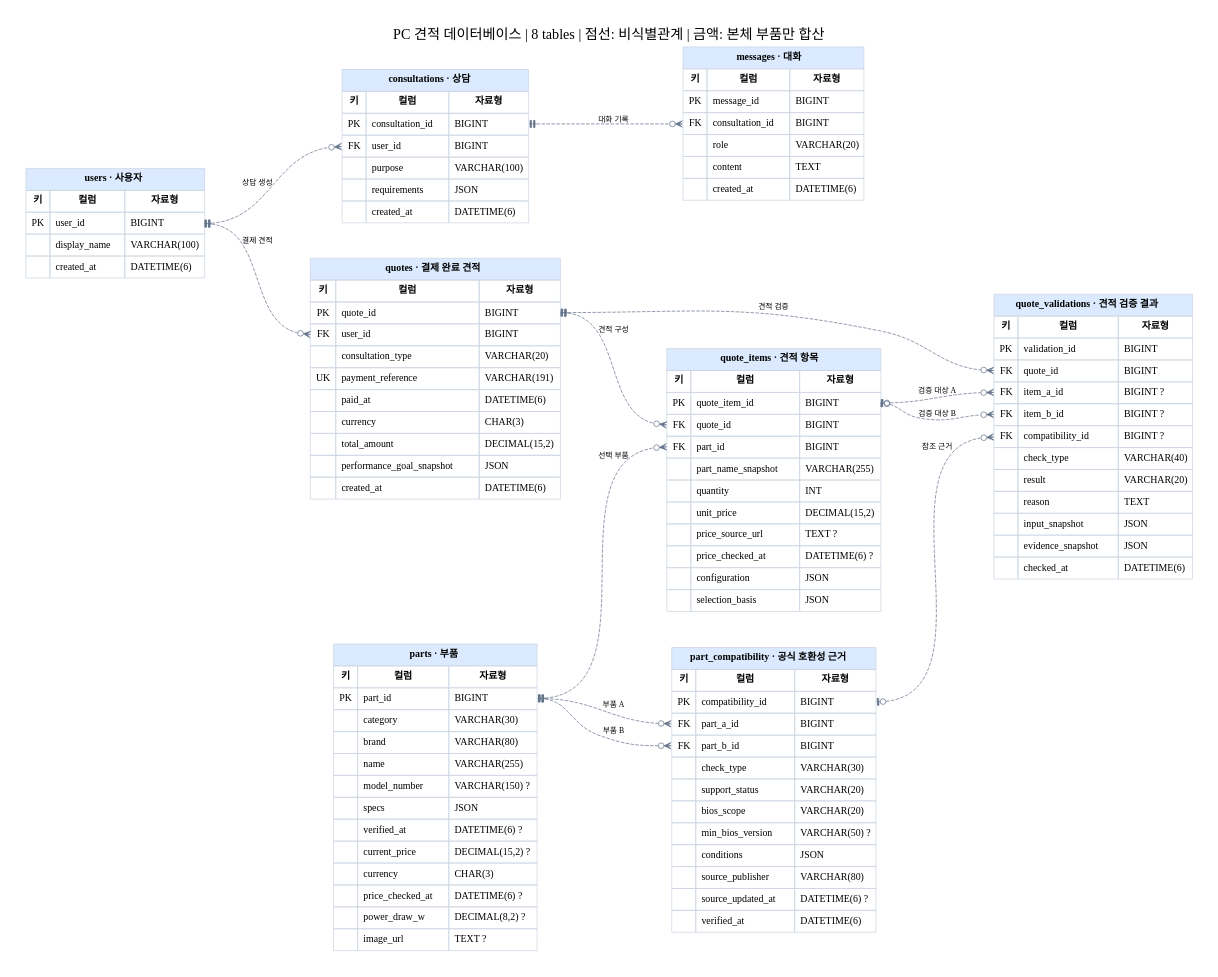
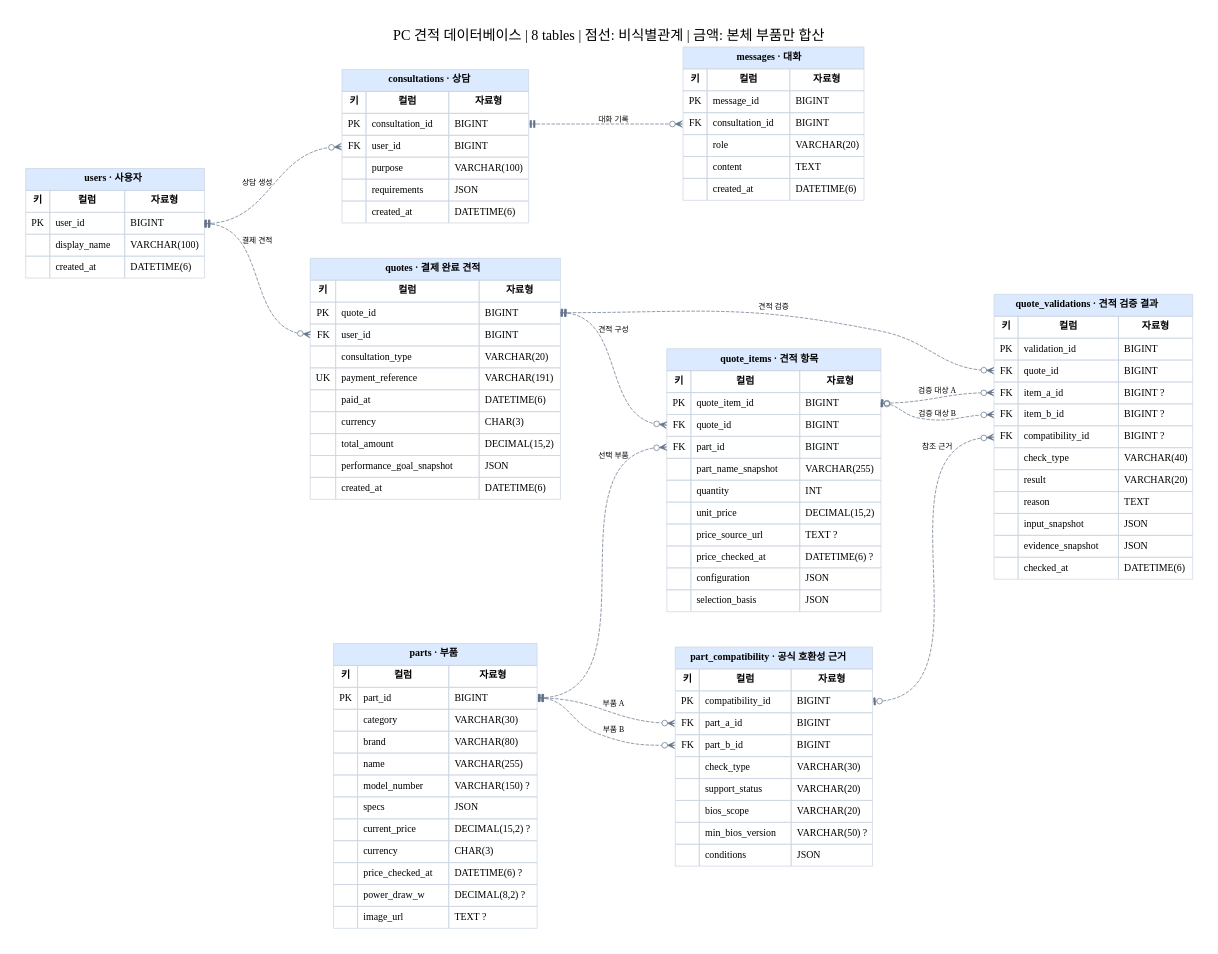
Before and after one commit to SKNETWORKS-FAMILY-AICAMP/SKN35-FINAL-6TEAM: the diagram in docs/database/erd/schema.dot, drawn with Graphviz. The commit also changed 18 other files, not shown here.

```diff
--- a/docs/database/erd/schema.dot
+++ b/docs/database/erd/schema.dot
@@ -5,10 +5,10 @@
 users [label=<<TABLE BORDER="0" CELLBORDER="1" CELLSPACING="0" CELLPADDING="7" COLOR="#cbd5e1"><TR><TD COLSPAN="3" BGCOLOR="#dbeafe"><B>users · 사용자</B></TD></TR><TR><TD><B>키</B></TD><TD><B>컬럼</B></TD><TD><B>자료형</B></TD></TR><TR><TD PORT="user_id_in">PK</TD><TD ALIGN="LEFT">user_id</TD><TD PORT="user_id_out" ALIGN="LEFT">BIGINT</TD></TR><TR><TD PORT="display_name_in"></TD><TD ALIGN="LEFT">display_name</TD><TD PORT="display_name_out" ALIGN="LEFT">VARCHAR(100)</TD></TR><TR><TD PORT="created_at_in"></TD><TD ALIGN="LEFT">created_at</TD><TD PORT="created_at_out" ALIGN="LEFT">DATETIME(6)</TD></TR></TABLE>>];
 consultations [label=<<TABLE BORDER="0" CELLBORDER="1" CELLSPACING="0" CELLPADDING="7" COLOR="#cbd5e1"><TR><TD COLSPAN="3" BGCOLOR="#dbeafe"><B>consultations · 상담</B></TD></TR><TR><TD><B>키</B></TD><TD><B>컬럼</B></TD><TD><B>자료형</B></TD></TR><TR><TD PORT="consultation_id_in">PK</TD><TD ALIGN="LEFT">consultation_id</TD><TD PORT="consultation_id_out" ALIGN="LEFT">BIGINT</TD></TR><TR><TD PORT="user_id_in">FK</TD><TD ALIGN="LEFT">user_id</TD><TD PORT="user_id_out" ALIGN="LEFT">BIGINT</TD></TR><TR><TD PORT="purpose_in"></TD><TD ALIGN="LEFT">purpose</TD><TD PORT="purpose_out" ALIGN="LEFT">VARCHAR(100)</TD></TR><TR><TD PORT="requirements_in"></TD><TD ALIGN="LEFT">requirements</TD><TD PORT="requirements_out" ALIGN="LEFT">JSON</TD></TR><TR><TD PORT="created_at_in"></TD><TD ALIGN="LEFT">created_at</TD><TD PORT="created_at_out" ALIGN="LEFT">DATETIME(6)</TD></TR></TABLE>>];
 messages [label=<<TABLE BORDER="0" CELLBORDER="1" CELLSPACING="0" CELLPADDING="7" COLOR="#cbd5e1"><TR><TD COLSPAN="3" BGCOLOR="#dbeafe"><B>messages · 대화</B></TD></TR><TR><TD><B>키</B></TD><TD><B>컬럼</B></TD><TD><B>자료형</B></TD></TR><TR><TD PORT="message_id_in">PK</TD><TD ALIGN="LEFT">message_id</TD><TD PORT="message_id_out" ALIGN="LEFT">BIGINT</TD></TR><TR><TD PORT="consultation_id_in">FK</TD><TD ALIGN="LEFT">consultation_id</TD><TD PORT="consultation_id_out" ALIGN="LEFT">BIGINT</TD></TR><TR><TD PORT="role_in"></TD><TD ALIGN="LEFT">role</TD><TD PORT="role_out" ALIGN="LEFT">VARCHAR(20)</TD></TR><TR><TD PORT="content_in"></TD><TD ALIGN="LEFT">content</TD><TD PORT="content_out" ALIGN="LEFT">TEXT</TD></TR><TR><TD PORT="created_at_in"></TD><TD ALIGN="LEFT">created_at</TD><TD PORT="created_at_out" ALIGN="LEFT">DATETIME(6)</TD></TR></TABLE>>];
-parts [label=<<TABLE BORDER="0" CELLBORDER="1" CELLSPACING="0" CELLPADDING="7" COLOR="#cbd5e1"><TR><TD COLSPAN="3" BGCOLOR="#dbeafe"><B>parts · 부품</B></TD></TR><TR><TD><B>키</B></TD><TD><B>컬럼</B></TD><TD><B>자료형</B></TD></TR><TR><TD PORT="part_id_in">PK</TD><TD ALIGN="LEFT">part_id</TD><TD PORT="part_id_out" ALIGN="LEFT">BIGINT</TD></TR><TR><TD PORT="category_in"></TD><TD ALIGN="LEFT">category</TD><TD PORT="category_out" ALIGN="LEFT">VARCHAR(30)</TD></TR><TR><TD PORT="brand_in"></TD><TD ALIGN="LEFT">brand</TD><TD PORT="brand_out" ALIGN="LEFT">VARCHAR(80)</TD></TR><TR><TD PORT="name_in"></TD><TD ALIGN="LEFT">name</TD><TD PORT="name_out" ALIGN="LEFT">VARCHAR(255)</TD></TR><TR><TD PORT="model_number_in"></TD><TD ALIGN="LEFT">model_number</TD><TD PORT="model_number_out" ALIGN="LEFT">VARCHAR(150) ?</TD></TR><TR><TD PORT="specs_in"></TD><TD ALIGN="LEFT">specs</TD><TD PORT="specs_out" ALIGN="LEFT">JSON</TD></TR><TR><TD PORT="verified_at_in"></TD><TD ALIGN="LEFT">verified_at</TD><TD PORT="verified_at_out" ALIGN="LEFT">DATETIME(6) ?</TD></TR><TR><TD PORT="current_price_in"></TD><TD ALIGN="LEFT">current_price</TD><TD PORT="current_price_out" ALIGN="LEFT">DECIMAL(15,2) ?</TD></TR><TR><TD PORT="currency_in"></TD><TD ALIGN="LEFT">currency</TD><TD PORT="currency_out" ALIGN="LEFT">CHAR(3)</TD></TR><TR><TD PORT="price_checked_at_in"></TD><TD ALIGN="LEFT">price_checked_at</TD><TD PORT="price_checked_at_out" ALIGN="LEFT">DATETIME(6) ?</TD></TR><TR><TD PORT="power_draw_w_in"></TD><TD ALIGN="LEFT">power_draw_w</TD><TD PORT="power_draw_w_out" ALIGN="LEFT">DECIMAL(8,2) ?</TD></TR><TR><TD PORT="image_url_in"></TD><TD ALIGN="LEFT">image_url</TD><TD PORT="image_url_out" ALIGN="LEFT">TEXT ?</TD></TR></TABLE>>];
+parts [label=<<TABLE BORDER="0" CELLBORDER="1" CELLSPACING="0" CELLPADDING="7" COLOR="#cbd5e1"><TR><TD COLSPAN="3" BGCOLOR="#dbeafe"><B>parts · 부품</B></TD></TR><TR><TD><B>키</B></TD><TD><B>컬럼</B></TD><TD><B>자료형</B></TD></TR><TR><TD PORT="part_id_in">PK</TD><TD ALIGN="LEFT">part_id</TD><TD PORT="part_id_out" ALIGN="LEFT">BIGINT</TD></TR><TR><TD PORT="category_in"></TD><TD ALIGN="LEFT">category</TD><TD PORT="category_out" ALIGN="LEFT">VARCHAR(30)</TD></TR><TR><TD PORT="brand_in"></TD><TD ALIGN="LEFT">brand</TD><TD PORT="brand_out" ALIGN="LEFT">VARCHAR(80)</TD></TR><TR><TD PORT="name_in"></TD><TD ALIGN="LEFT">name</TD><TD PORT="name_out" ALIGN="LEFT">VARCHAR(255)</TD></TR><TR><TD PORT="model_number_in"></TD><TD ALIGN="LEFT">model_number</TD><TD PORT="model_number_out" ALIGN="LEFT">VARCHAR(150) ?</TD></TR><TR><TD PORT="specs_in"></TD><TD ALIGN="LEFT">specs</TD><TD PORT="specs_out" ALIGN="LEFT">JSON</TD></TR><TR><TD PORT="current_price_in"></TD><TD ALIGN="LEFT">current_price</TD><TD PORT="current_price_out" ALIGN="LEFT">DECIMAL(15,2) ?</TD></TR><TR><TD PORT="currency_in"></TD><TD ALIGN="LEFT">currency</TD><TD PORT="currency_out" ALIGN="LEFT">CHAR(3)</TD></TR><TR><TD PORT="price_checked_at_in"></TD><TD ALIGN="LEFT">price_checked_at</TD><TD PORT="price_checked_at_out" ALIGN="LEFT">DATETIME(6) ?</TD></TR><TR><TD PORT="power_draw_w_in"></TD><TD ALIGN="LEFT">power_draw_w</TD><TD PORT="power_draw_w_out" ALIGN="LEFT">DECIMAL(8,2) ?</TD></TR><TR><TD PORT="image_url_in"></TD><TD ALIGN="LEFT">image_url</TD><TD PORT="image_url_out" ALIGN="LEFT">TEXT ?</TD></TR></TABLE>>];
 quotes [label=<<TABLE BORDER="0" CELLBORDER="1" CELLSPACING="0" CELLPADDING="7" COLOR="#cbd5e1"><TR><TD COLSPAN="3" BGCOLOR="#dbeafe"><B>quotes · 결제 완료 견적</B></TD></TR><TR><TD><B>키</B></TD><TD><B>컬럼</B></TD><TD><B>자료형</B></TD></TR><TR><TD PORT="quote_id_in">PK</TD><TD ALIGN="LEFT">quote_id</TD><TD PORT="quote_id_out" ALIGN="LEFT">BIGINT</TD></TR><TR><TD PORT="user_id_in">FK</TD><TD ALIGN="LEFT">user_id</TD><TD PORT="user_id_out" ALIGN="LEFT">BIGINT</TD></TR><TR><TD PORT="consultation_type_in"></TD><TD ALIGN="LEFT">consultation_type</TD><TD PORT="consultation_type_out" ALIGN="LEFT">VARCHAR(20)</TD></TR><TR><TD PORT="payment_reference_in">UK</TD><TD ALIGN="LEFT">payment_reference</TD><TD PORT="payment_reference_out" ALIGN="LEFT">VARCHAR(191)</TD></TR><TR><TD PORT="paid_at_in"></TD><TD ALIGN="LEFT">paid_at</TD><TD PORT="paid_at_out" ALIGN="LEFT">DATETIME(6)</TD></TR><TR><TD PORT="currency_in"></TD><TD ALIGN="LEFT">currency</TD><TD PORT="currency_out" ALIGN="LEFT">CHAR(3)</TD></TR><TR><TD PORT="total_amount_in"></TD><TD ALIGN="LEFT">total_amount</TD><TD PORT="total_amount_out" ALIGN="LEFT">DECIMAL(15,2)</TD></TR><TR><TD PORT="performance_goal_snapshot_in"></TD><TD ALIGN="LEFT">performance_goal_snapshot</TD><TD PORT="performance_goal_snapshot_out" ALIGN="LEFT">JSON</TD></TR><TR><TD PORT="created_at_in"></TD><TD ALIGN="LEFT">created_at</TD><TD PORT="created_at_out" ALIGN="LEFT">DATETIME(6)</TD></TR></TABLE>>];
 quote_items [label=<<TABLE BORDER="0" CELLBORDER="1" CELLSPACING="0" CELLPADDING="7" COLOR="#cbd5e1"><TR><TD COLSPAN="3" BGCOLOR="#dbeafe"><B>quote_items · 견적 항목</B></TD></TR><TR><TD><B>키</B></TD><TD><B>컬럼</B></TD><TD><B>자료형</B></TD></TR><TR><TD PORT="quote_item_id_in">PK</TD><TD ALIGN="LEFT">quote_item_id</TD><TD PORT="quote_item_id_out" ALIGN="LEFT">BIGINT</TD></TR><TR><TD PORT="quote_id_in">FK</TD><TD ALIGN="LEFT">quote_id</TD><TD PORT="quote_id_out" ALIGN="LEFT">BIGINT</TD></TR><TR><TD PORT="part_id_in">FK</TD><TD ALIGN="LEFT">part_id</TD><TD PORT="part_id_out" ALIGN="LEFT">BIGINT</TD></TR><TR><TD PORT="part_name_snapshot_in"></TD><TD ALIGN="LEFT">part_name_snapshot</TD><TD PORT="part_name_snapshot_out" ALIGN="LEFT">VARCHAR(255)</TD></TR><TR><TD PORT="quantity_in"></TD><TD ALIGN="LEFT">quantity</TD><TD PORT="quantity_out" ALIGN="LEFT">INT</TD></TR><TR><TD PORT="unit_price_in"></TD><TD ALIGN="LEFT">unit_price</TD><TD PORT="unit_price_out" ALIGN="LEFT">DECIMAL(15,2)</TD></TR><TR><TD PORT="price_source_url_in"></TD><TD ALIGN="LEFT">price_source_url</TD><TD PORT="price_source_url_out" ALIGN="LEFT">TEXT ?</TD></TR><TR><TD PORT="price_checked_at_in"></TD><TD ALIGN="LEFT">price_checked_at</TD><TD PORT="price_checked_at_out" ALIGN="LEFT">DATETIME(6) ?</TD></TR><TR><TD PORT="configuration_in"></TD><TD ALIGN="LEFT">configuration</TD><TD PORT="configuration_out" ALIGN="LEFT">JSON</TD></TR><TR><TD PORT="selection_basis_in"></TD><TD ALIGN="LEFT">selection_basis</TD><TD PORT="selection_basis_out" ALIGN="LEFT">JSON</TD></TR></TABLE>>];
-part_compatibility [label=<<TABLE BORDER="0" CELLBORDER="1" CELLSPACING="0" CELLPADDING="7" COLOR="#cbd5e1"><TR><TD COLSPAN="3" BGCOLOR="#dbeafe"><B>part_compatibility · 공식 호환성 근거</B></TD></TR><TR><TD><B>키</B></TD><TD><B>컬럼</B></TD><TD><B>자료형</B></TD></TR><TR><TD PORT="compatibility_id_in">PK</TD><TD ALIGN="LEFT">compatibility_id</TD><TD PORT="compatibility_id_out" ALIGN="LEFT">BIGINT</TD></TR><TR><TD PORT="part_a_id_in">FK</TD><TD ALIGN="LEFT">part_a_id</TD><TD PORT="part_a_id_out" ALIGN="LEFT">BIGINT</TD></TR><TR><TD PORT="part_b_id_in">FK</TD><TD ALIGN="LEFT">part_b_id</TD><TD PORT="part_b_id_out" ALIGN="LEFT">BIGINT</TD></TR><TR><TD PORT="check_type_in"></TD><TD ALIGN="LEFT">check_type</TD><TD PORT="check_type_out" ALIGN="LEFT">VARCHAR(30)</TD></TR><TR><TD PORT="support_status_in"></TD><TD ALIGN="LEFT">support_status</TD><TD PORT="support_status_out" ALIGN="LEFT">VARCHAR(20)</TD></TR><TR><TD PORT="bios_scope_in"></TD><TD ALIGN="LEFT">bios_scope</TD><TD PORT="bios_scope_out" ALIGN="LEFT">VARCHAR(20)</TD></TR><TR><TD PORT="min_bios_version_in"></TD><TD ALIGN="LEFT">min_bios_version</TD><TD PORT="min_bios_version_out" ALIGN="LEFT">VARCHAR(50) ?</TD></TR><TR><TD PORT="conditions_in"></TD><TD ALIGN="LEFT">conditions</TD><TD PORT="conditions_out" ALIGN="LEFT">JSON</TD></TR><TR><TD PORT="source_publisher_in"></TD><TD ALIGN="LEFT">source_publisher</TD><TD PORT="source_publisher_out" ALIGN="LEFT">VARCHAR(80)</TD></TR><TR><TD PORT="source_updated_at_in"></TD><TD ALIGN="LEFT">source_updated_at</TD><TD PORT="source_updated_at_out" ALIGN="LEFT">DATETIME(6) ?</TD></TR><TR><TD PORT="verified_at_in"></TD><TD ALIGN="LEFT">verified_at</TD><TD PORT="verified_at_out" ALIGN="LEFT">DATETIME(6)</TD></TR></TABLE>>];
+part_compatibility [label=<<TABLE BORDER="0" CELLBORDER="1" CELLSPACING="0" CELLPADDING="7" COLOR="#cbd5e1"><TR><TD COLSPAN="3" BGCOLOR="#dbeafe"><B>part_compatibility · 공식 호환성 근거</B></TD></TR><TR><TD><B>키</B></TD><TD><B>컬럼</B></TD><TD><B>자료형</B></TD></TR><TR><TD PORT="compatibility_id_in">PK</TD><TD ALIGN="LEFT">compatibility_id</TD><TD PORT="compatibility_id_out" ALIGN="LEFT">BIGINT</TD></TR><TR><TD PORT="part_a_id_in">FK</TD><TD ALIGN="LEFT">part_a_id</TD><TD PORT="part_a_id_out" ALIGN="LEFT">BIGINT</TD></TR><TR><TD PORT="part_b_id_in">FK</TD><TD ALIGN="LEFT">part_b_id</TD><TD PORT="part_b_id_out" ALIGN="LEFT">BIGINT</TD></TR><TR><TD PORT="check_type_in"></TD><TD ALIGN="LEFT">check_type</TD><TD PORT="check_type_out" ALIGN="LEFT">VARCHAR(30)</TD></TR><TR><TD PORT="support_status_in"></TD><TD ALIGN="LEFT">support_status</TD><TD PORT="support_status_out" ALIGN="LEFT">VARCHAR(20)</TD></TR><TR><TD PORT="bios_scope_in"></TD><TD ALIGN="LEFT">bios_scope</TD><TD PORT="bios_scope_out" ALIGN="LEFT">VARCHAR(20)</TD></TR><TR><TD PORT="min_bios_version_in"></TD><TD ALIGN="LEFT">min_bios_version</TD><TD PORT="min_bios_version_out" ALIGN="LEFT">VARCHAR(50) ?</TD></TR><TR><TD PORT="conditions_in"></TD><TD ALIGN="LEFT">conditions</TD><TD PORT="conditions_out" ALIGN="LEFT">JSON</TD></TR></TABLE>>];
 quote_validations [label=<<TABLE BORDER="0" CELLBORDER="1" CELLSPACING="0" CELLPADDING="7" COLOR="#cbd5e1"><TR><TD COLSPAN="3" BGCOLOR="#dbeafe"><B>quote_validations · 견적 검증 결과</B></TD></TR><TR><TD><B>키</B></TD><TD><B>컬럼</B></TD><TD><B>자료형</B></TD></TR><TR><TD PORT="validation_id_in">PK</TD><TD ALIGN="LEFT">validation_id</TD><TD PORT="validation_id_out" ALIGN="LEFT">BIGINT</TD></TR><TR><TD PORT="quote_id_in">FK</TD><TD ALIGN="LEFT">quote_id</TD><TD PORT="quote_id_out" ALIGN="LEFT">BIGINT</TD></TR><TR><TD PORT="item_a_id_in">FK</TD><TD ALIGN="LEFT">item_a_id</TD><TD PORT="item_a_id_out" ALIGN="LEFT">BIGINT ?</TD></TR><TR><TD PORT="item_b_id_in">FK</TD><TD ALIGN="LEFT">item_b_id</TD><TD PORT="item_b_id_out" ALIGN="LEFT">BIGINT ?</TD></TR><TR><TD PORT="compatibility_id_in">FK</TD><TD ALIGN="LEFT">compatibility_id</TD><TD PORT="compatibility_id_out" ALIGN="LEFT">BIGINT ?</TD></TR><TR><TD PORT="check_type_in"></TD><TD ALIGN="LEFT">check_type</TD><TD PORT="check_type_out" ALIGN="LEFT">VARCHAR(40)</TD></TR><TR><TD PORT="result_in"></TD><TD ALIGN="LEFT">result</TD><TD PORT="result_out" ALIGN="LEFT">VARCHAR(20)</TD></TR><TR><TD PORT="reason_in"></TD><TD ALIGN="LEFT">reason</TD><TD PORT="reason_out" ALIGN="LEFT">TEXT</TD></TR><TR><TD PORT="input_snapshot_in"></TD><TD ALIGN="LEFT">input_snapshot</TD><TD PORT="input_snapshot_out" ALIGN="LEFT">JSON</TD></TR><TR><TD PORT="evidence_snapshot_in"></TD><TD ALIGN="LEFT">evidence_snapshot</TD><TD PORT="evidence_snapshot_out" ALIGN="LEFT">JSON</TD></TR><TR><TD PORT="checked_at_in"></TD><TD ALIGN="LEFT">checked_at</TD><TD PORT="checked_at_out" ALIGN="LEFT">DATETIME(6)</TD></TR></TABLE>>];
 users:user_id_out:e -> consultations:user_id_in:w [label="상담 생성", arrowtail="teetee", arrowhead="crowodot"];
 consultations:consultation_id_out:e -> messages:consultation_id_in:w [label="대화 기록", arrowtail="teetee", arrowhead="crowodot"];
```
